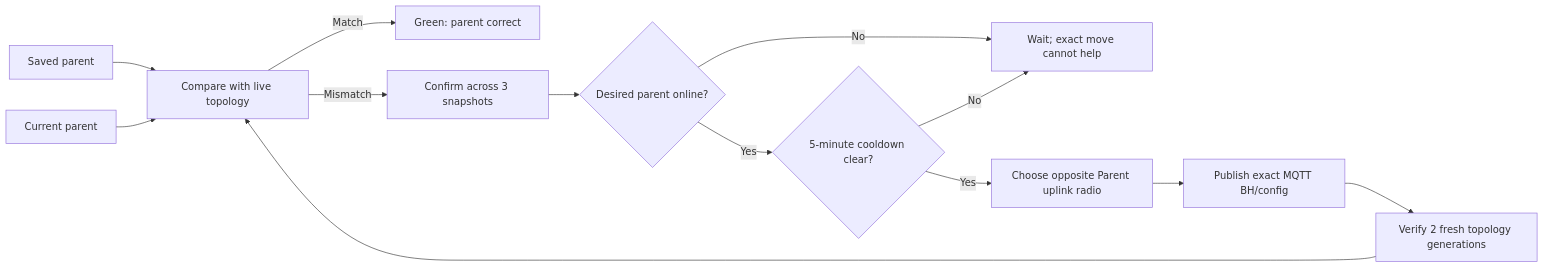
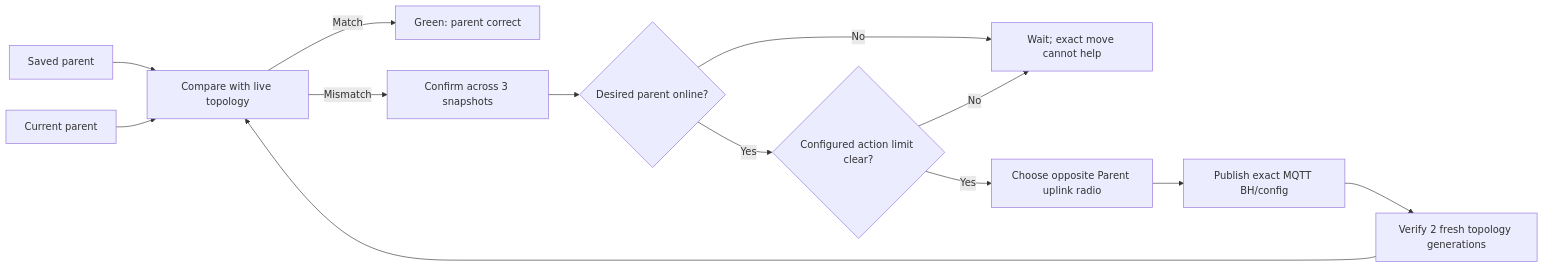
One commit to chinawrj/linksys-meshscope changed the second of 2 diagrams in README.md. Above: the diagram before and after it, drawn with Mermaid. The commit also changed other lines of this file and 29 other files, not shown here.

````diff
--- a/README.md
+++ b/README.md
@@ -169,15 +213,15 @@
 ```mermaid
 flowchart LR
     Desired["Saved parent"] --> Compare["Compare with live topology"]
     Current["Current parent"] --> Compare
     Compare -->|"Match"| Healthy["Green: parent correct"]
     Compare -->|"Mismatch"| Confirm["Confirm across 3 snapshots"]
     Confirm --> Parent{"Desired parent online?"}
     Parent -->|"No"| Wait["Wait; exact move cannot help"]
-    Parent -->|"Yes"| Cooldown{"5-minute cooldown clear?"}
+    Parent -->|"Yes"| Cooldown{"Configured action limit clear?"}
     Cooldown -->|"No"| Wait
     Cooldown -->|"Yes"| Radio["Choose opposite Parent uplink radio"]
     Radio --> MQTT["Publish exact MQTT BH/config"]
     MQTT --> Verify["Verify 2 fresh topology generations"]
     Verify --> Compare
 ```
````
